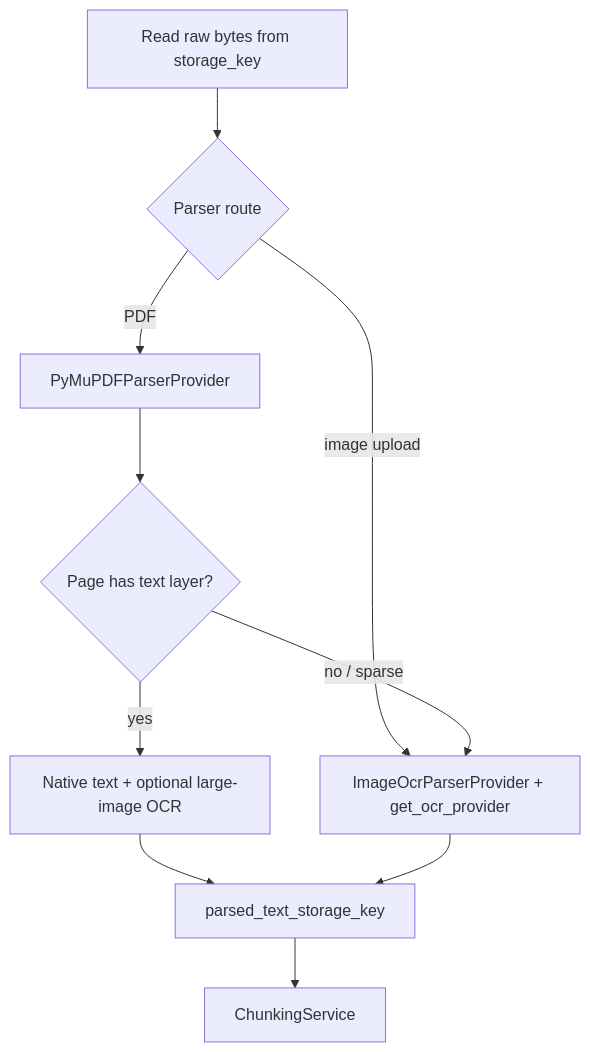
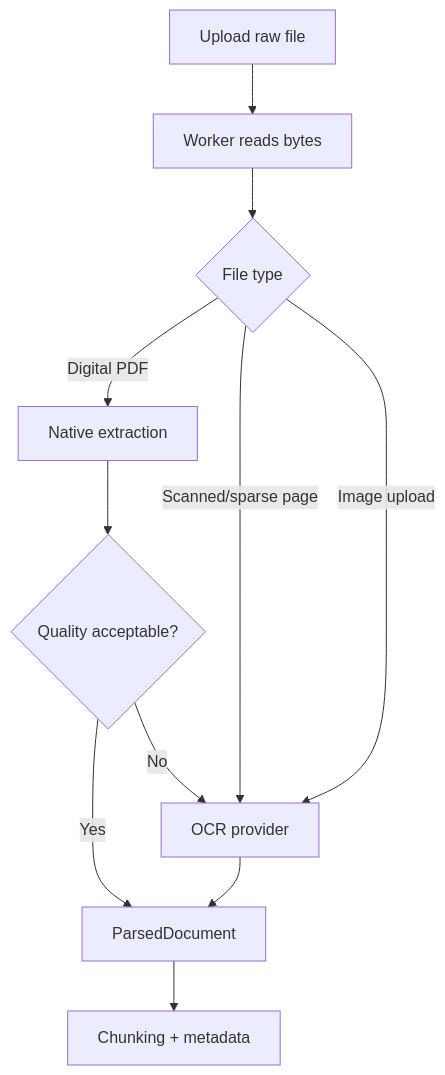
One commit to Jrahimin/rag-builder changed the diagram in docs/learning/ocr-fundamentals.md. Above: the diagram before and after it, drawn with Mermaid. The commit also changed other lines of this file and 17 other files, not shown here.

````diff
--- a/docs/learning/ocr-fundamentals.md
+++ b/docs/learning/ocr-fundamentals.md
@@ -109,12 +24,13 @@
 ```mermaid
 flowchart TB
-    A[Read raw bytes from storage_key] --> B{Parser route}
-    B -->|image upload| C[ImageOcrParserProvider + get_ocr_provider]
-    B -->|PDF| D[PyMuPDFParserProvider]
-    D --> E{Page has text layer?}
-    E -->|yes| F[Native text + optional large-image OCR]
-    E -->|no / sparse| C
-    F --> G[parsed_text_storage_key]
-    C --> G
-    G --> H[ChunkingService]
+    A[Upload raw file] --> B[Worker reads bytes]
+    B --> C{File type}
+    C -->|Digital PDF| D[Native extraction]
+    C -->|Scanned/sparse page| E[OCR provider]
+    C -->|Image upload| E
+    D --> F{Quality acceptable?}
+    F -->|Yes| G[ParsedDocument]
+    F -->|No| E
+    E --> G
+    G --> H[Chunking + metadata]
 ```
````
